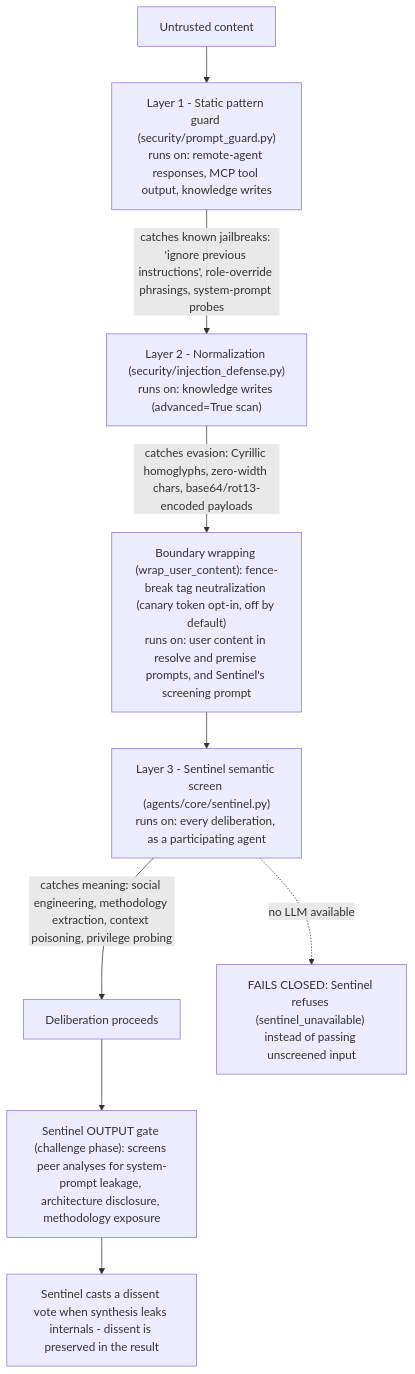
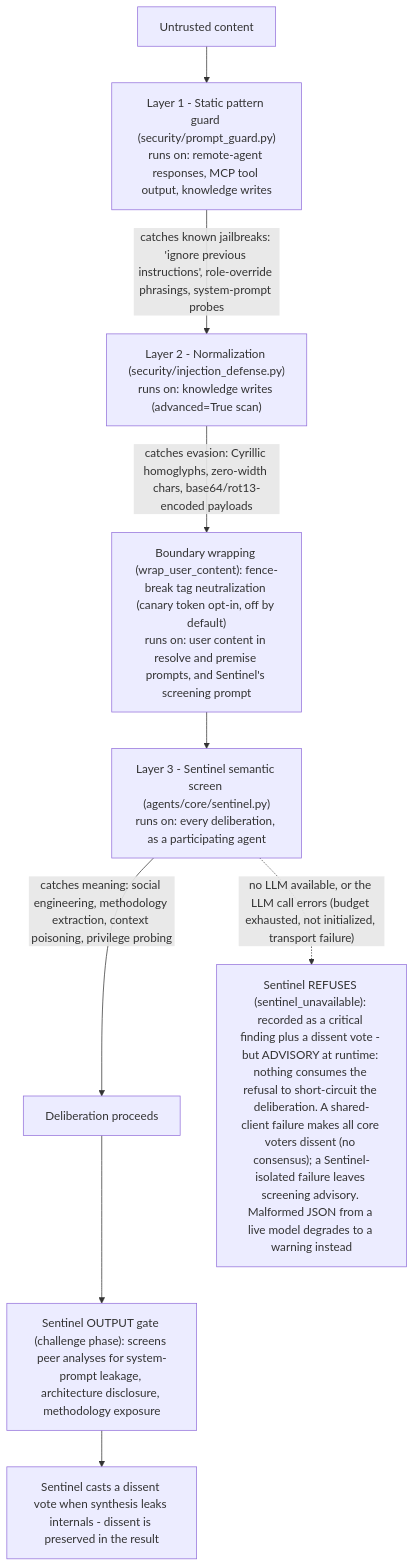
The second of 3 diagrams in docs/SECURITY_MODEL.md (KangaKode/aiscaffold), drawn with Mermaid before and after one commit. The commit also changed other lines of this file and 21 other files, not shown here.

First line of the commit message:
Safety-agent fail-closed: is_error contract, fail-closed core agents, gated challenge/vote phases (#78)

````diff
--- a/docs/SECURITY_MODEL.md
+++ b/docs/SECURITY_MODEL.md
@@ -33,11 +33,11 @@
 ```mermaid
 flowchart TD
     Input["Untrusted content"] --> L1["Layer 1 - Static pattern guard (security/prompt_guard.py)<br/>runs on: remote-agent responses, MCP tool output, knowledge writes"]
     L1 -->|"catches known jailbreaks: 'ignore previous instructions', role-override phrasings, system-prompt probes"| L2["Layer 2 - Normalization (security/injection_defense.py)<br/>runs on: knowledge writes (advanced=True scan)"]
     L2 -->|"catches evasion: Cyrillic homoglyphs, zero-width chars, base64/rot13-encoded payloads"| Wrap["Boundary wrapping (wrap_user_content): fence-break tag neutralization (canary token opt-in, off by default)<br/>runs on: user content in resolve and premise prompts, and Sentinel's screening prompt"]
     Wrap --> L3["Layer 3 - Sentinel semantic screen (agents/core/sentinel.py)<br/>runs on: every deliberation, as a participating agent"]
     L3 -->|"catches meaning: social engineering, methodology extraction, context poisoning, privilege probing"| Delib["Deliberation proceeds"]
-    L3 -.->|"no LLM available"| Closed["FAILS CLOSED: Sentinel refuses (sentinel_unavailable) instead of passing unscreened input"]
+    L3 -.->|"no LLM available, or the LLM call errors (budget exhausted, not initialized, transport failure)"| Closed["Sentinel REFUSES (sentinel_unavailable): recorded as a critical finding plus a dissent vote - but ADVISORY at runtime: nothing consumes the refusal to short-circuit the deliberation. A shared-client failure makes all core voters dissent (no consensus); a Sentinel-isolated failure leaves screening advisory. Malformed JSON from a live model degrades to a warning instead"]
     Delib --> OutGate["Sentinel OUTPUT gate (challenge phase): screens peer analyses for system-prompt leakage, architecture disclosure, methodology exposure"]
     OutGate --> Vote["Sentinel casts a dissent vote when synthesis leaks internals - dissent is preserved in the result"]
 ```
````
